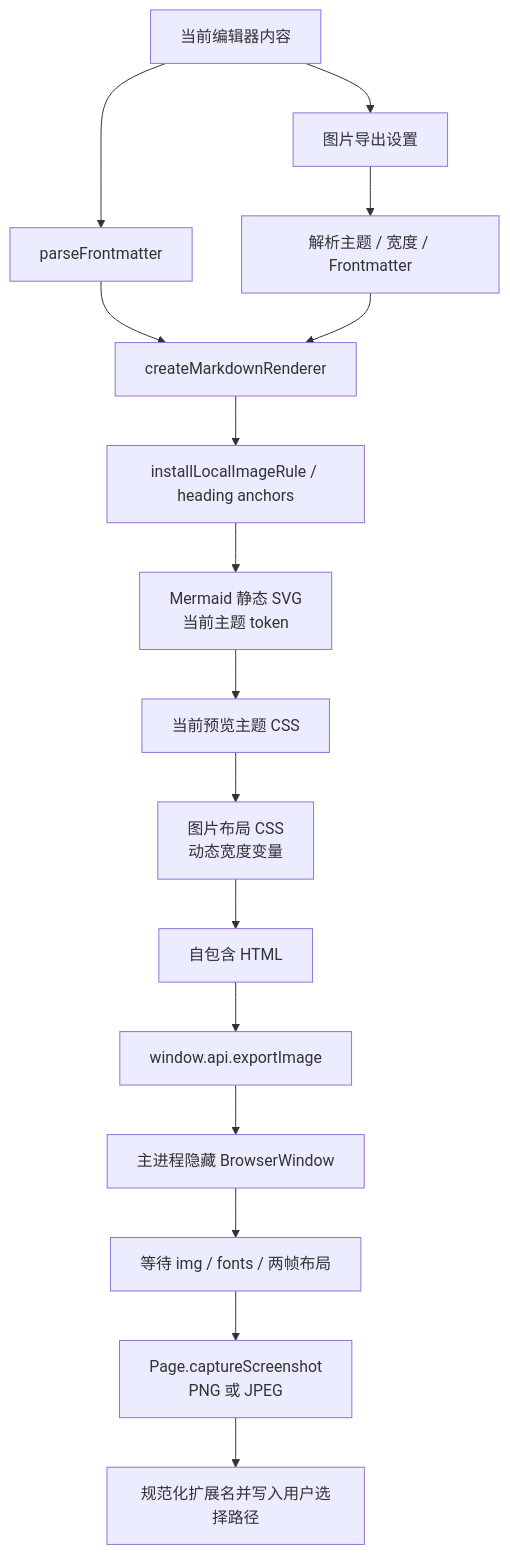
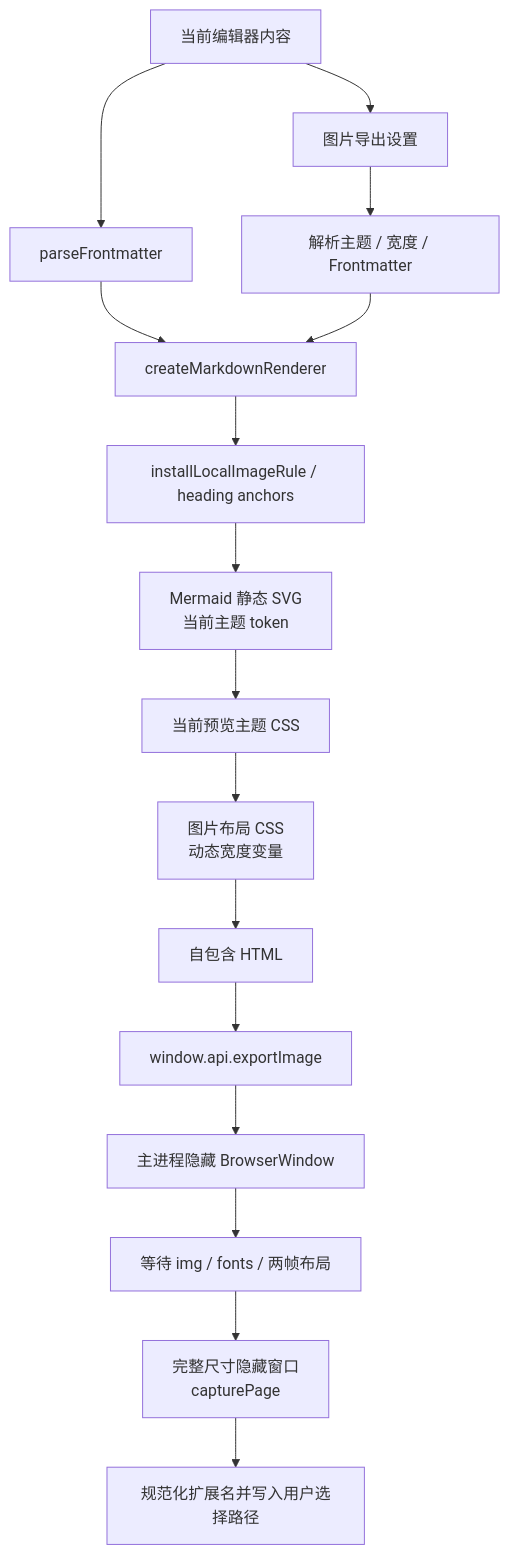
The diagram in docs/图片导出.md (Harley-xk/mark-it), drawn with Mermaid before and after one commit. The commit also changed other lines of this file and 6 other files, not shown here.

Commit message:
fix(export): 修复长文档图片导出卡死

````diff
--- a/docs/图片导出.md
+++ b/docs/图片导出.md
@@ -116,18 +116,18 @@
 ```mermaid
 flowchart TD
   A["当前编辑器内容"] --> B["parseFrontmatter"]
   A --> C["图片导出设置"]
   C --> D["解析主题 / 宽度 / Frontmatter"]
   B --> E["createMarkdownRenderer"]
   D --> E
   E --> F["installLocalImageRule / heading anchors"]
   F --> G["Mermaid 静态 SVG<br/>当前主题 token"]
   G --> H["当前预览主题 CSS"]
   H --> I["图片布局 CSS<br/>动态宽度变量"]
   I --> J["自包含 HTML"]
   J --> K["window.api.exportImage"]
   K --> L["主进程隐藏 BrowserWindow"]
   L --> M["等待 img / fonts / 两帧布局"]
-  M --> N["Page.captureScreenshot<br/>PNG 或 JPEG"]
+  M --> N["完整尺寸隐藏窗口<br/>capturePage"]
   N --> O["规范化扩展名并写入用户选择路径"]
 ```
````
